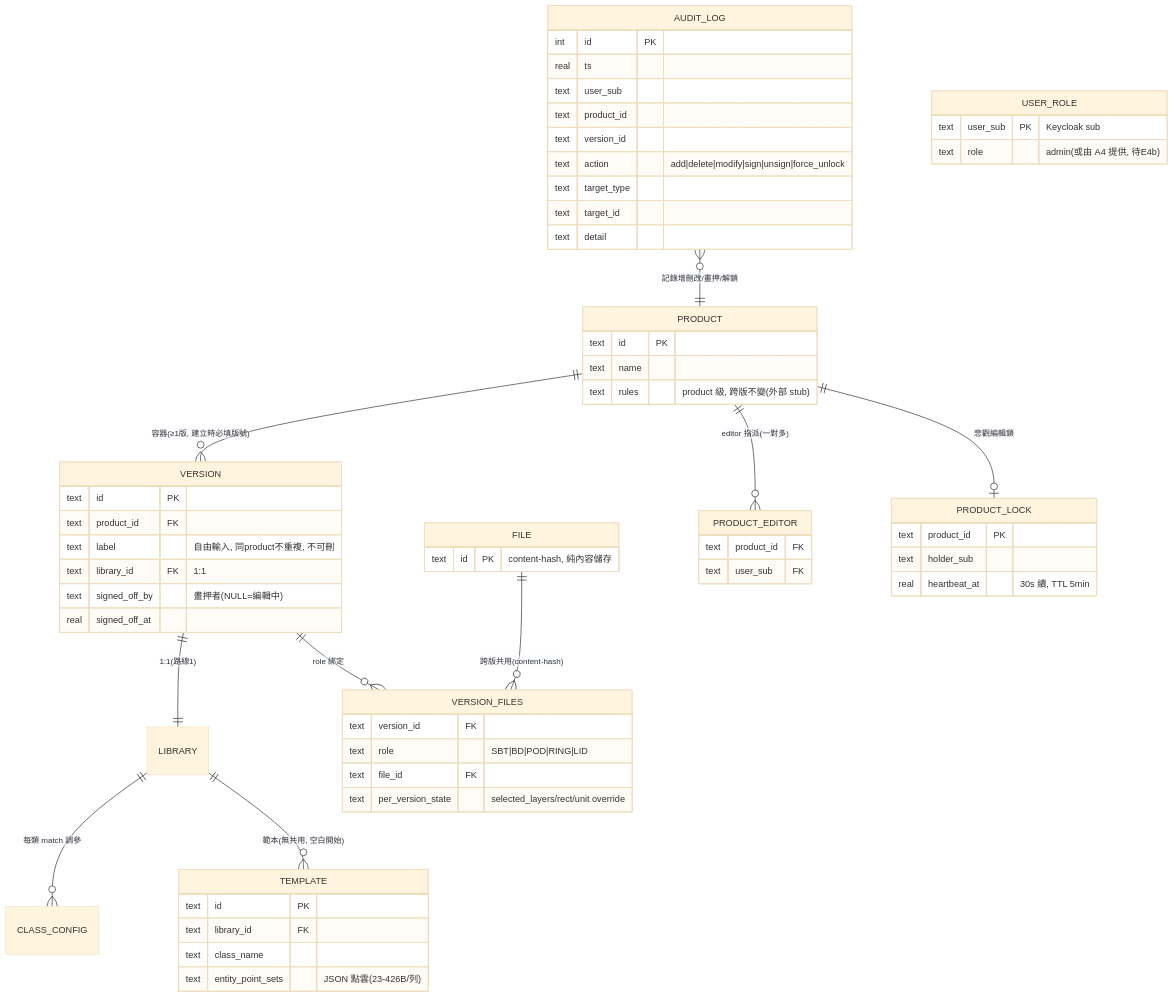
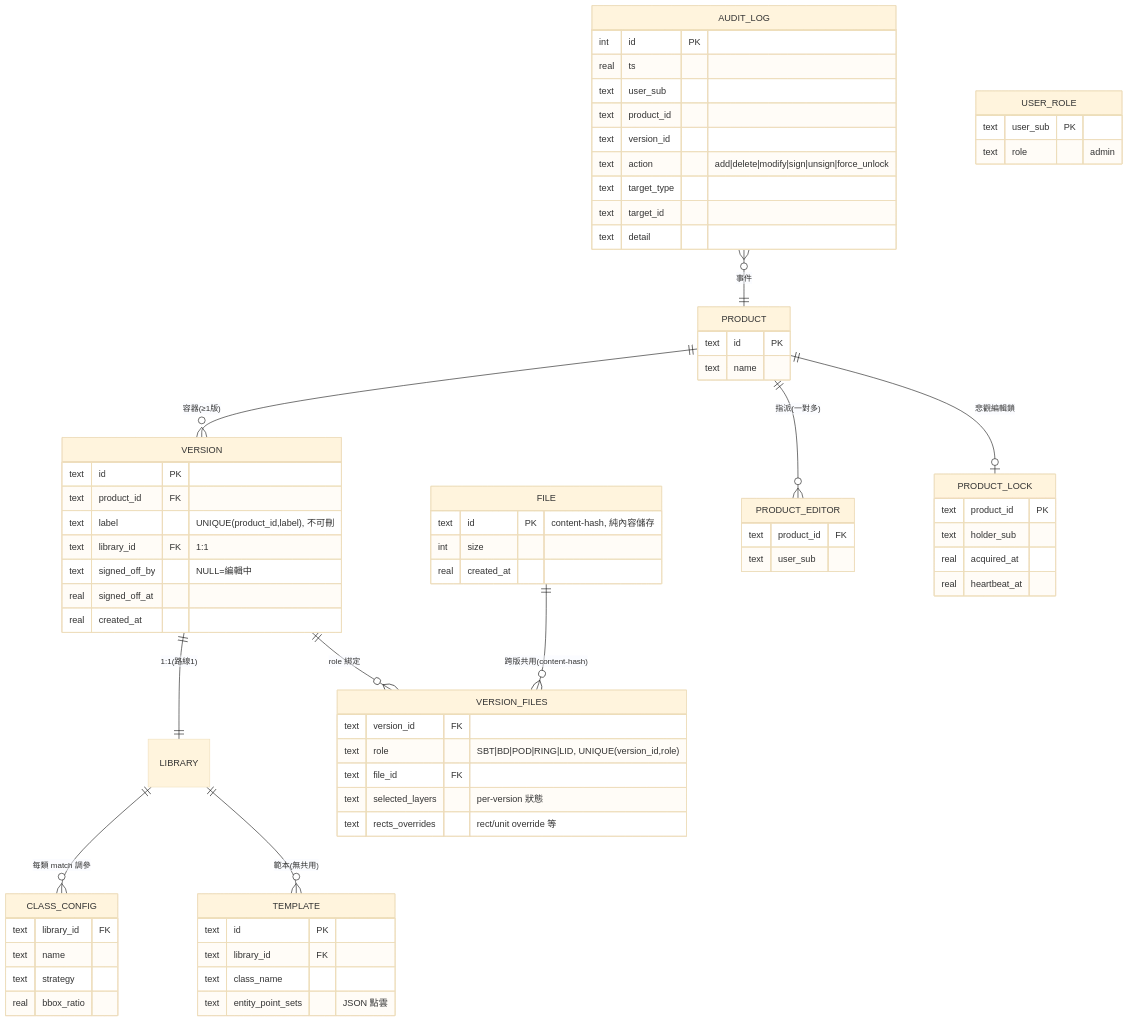
One commit to yiting-tom/SMDR2 changed the first of 4 diagrams in docs/system-design.md. Above: the diagram before and after it, drawn with Mermaid (base theme). The commit also changed other lines of this file, not shown here.

````diff
--- a/docs/system-design.md
+++ b/docs/system-design.md
@@ -47,65 +115,47 @@
 ```mermaid
 erDiagram
-    PRODUCT ||--o{ VERSION : "容器(≥1版, 建立時必填版號)"
+    PRODUCT ||--o{ VERSION : "容器(≥1版)"
     VERSION ||--|| LIBRARY : "1:1(路線1)"
     LIBRARY ||--o{ CLASS_CONFIG : "每類 match 調參"
-    LIBRARY ||--o{ TEMPLATE : "範本(無共用, 空白開始)"
+    LIBRARY ||--o{ TEMPLATE : "範本(無共用)"
     VERSION ||--o{ VERSION_FILES : "role 綁定"
     FILE ||--o{ VERSION_FILES : "跨版共用(content-hash)"
-    PRODUCT ||--o{ PRODUCT_EDITOR : "editor 指派(一對多)"
+    PRODUCT ||--o{ PRODUCT_EDITOR : "指派(一對多)"
     PRODUCT ||--o| PRODUCT_LOCK : "悲觀編輯鎖"
-    AUDIT_LOG }o--|| PRODUCT : "記錄增刪改/畫押/解鎖"
+    AUDIT_LOG }o--|| PRODUCT : "事件"
 
-    PRODUCT {
-        text id PK
-        text name
-        text rules "product 級, 跨版不變(外部 stub)"
-    }
+    PRODUCT { text id PK  text name }
     VERSION {
         text id PK
         text product_id FK
-        text label "自由輸入, 同product不重複, 不可刪"
+        text label "UNIQUE(product_id,label), 不可刪"
         text library_id FK "1:1"
-        text signed_off_by "畫押者(NULL=編輯中)"
+        text signed_off_by "NULL=編輯中"
         real signed_off_at
+        real created_at
     }
-    TEMPLATE {
-        text id PK
-        text library_id FK
-        text class_name
-        text entity_point_sets "JSON 點雲(23-426B/列)"
-    }
+    TEMPLATE { text id PK  text library_id FK  text class_name  text entity_point_sets "JSON 點雲" }
+    CLASS_CONFIG { text library_id FK  text name  text strategy  real bbox_ratio }
     VERSION_FILES {
         text version_id FK
-        text role "SBT|BD|POD|RING|LID"
+        text role "SBT|BD|POD|RING|LID, UNIQUE(version_id,role)"
         text file_id FK
-        text per_version_state "selected_layers/rect/unit override"
+        text selected_layers "per-version 狀態"
+        text rects_overrides "rect/unit override 等"
     }
-    FILE {
-        text id PK "content-hash, 純內容儲存"
-    }
-    USER_ROLE {
-        text user_sub PK "Keycloak sub"
-        text role "admin(或由 A4 提供, 待E4b)"
-    }
-    PRODUCT_EDITOR {
-        text product_id FK
-        text user_sub FK
-    }
-    PRODUCT_LOCK {
-        text product_id PK
-        text holder_sub
-        real heartbeat_at "30s 續, TTL 5min"
-    }
+    FILE { text id PK "content-hash, 純內容儲存" int size  real created_at }
+    USER_ROLE { text user_sub PK  text role "admin" }
+    PRODUCT_EDITOR { text product_id FK  text user_sub }
+    PRODUCT_LOCK { text product_id PK  text holder_sub  real acquired_at  real heartbeat_at }
     AUDIT_LOG {
         int id PK
         real ts
         text user_sub
         text product_id
         text version_id
         text action "add|delete|modify|sign|unsign|force_unlock"
         text target_type
         text target_id
         text detail
     }
 ```
````
